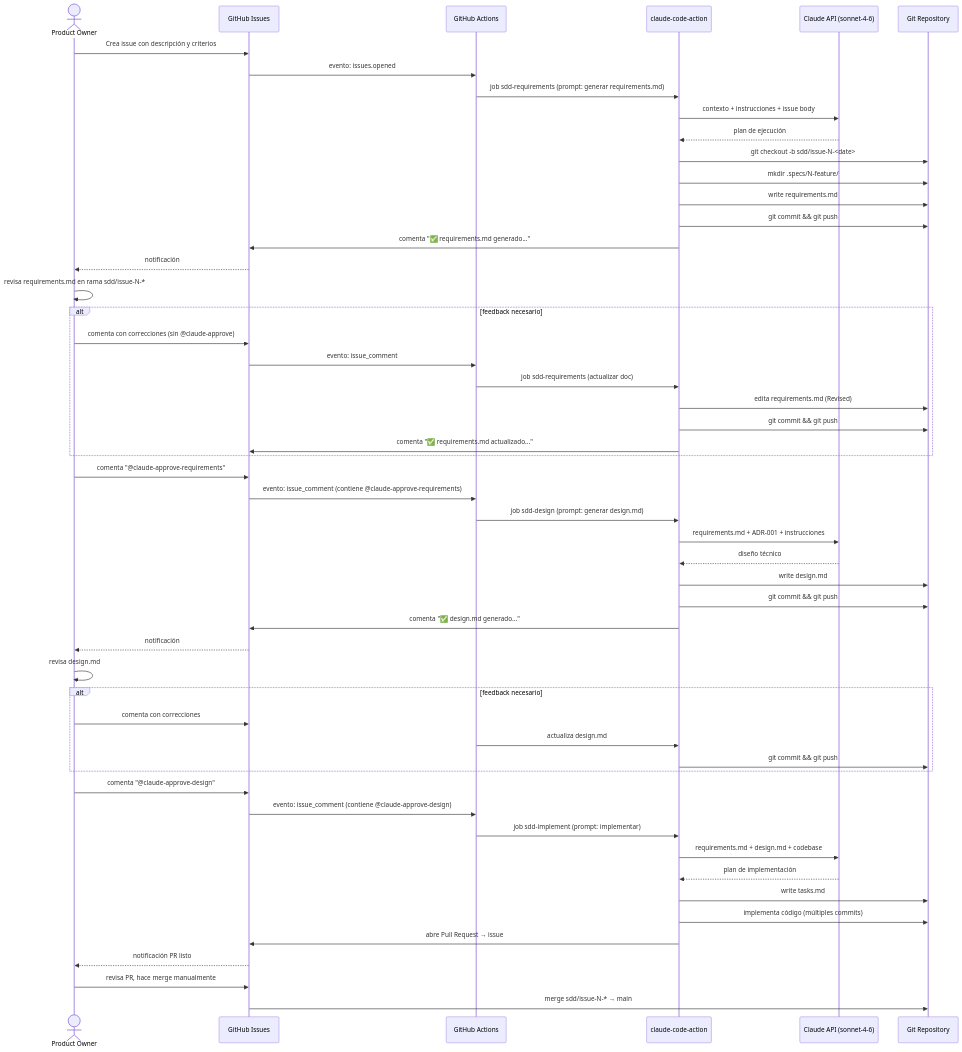
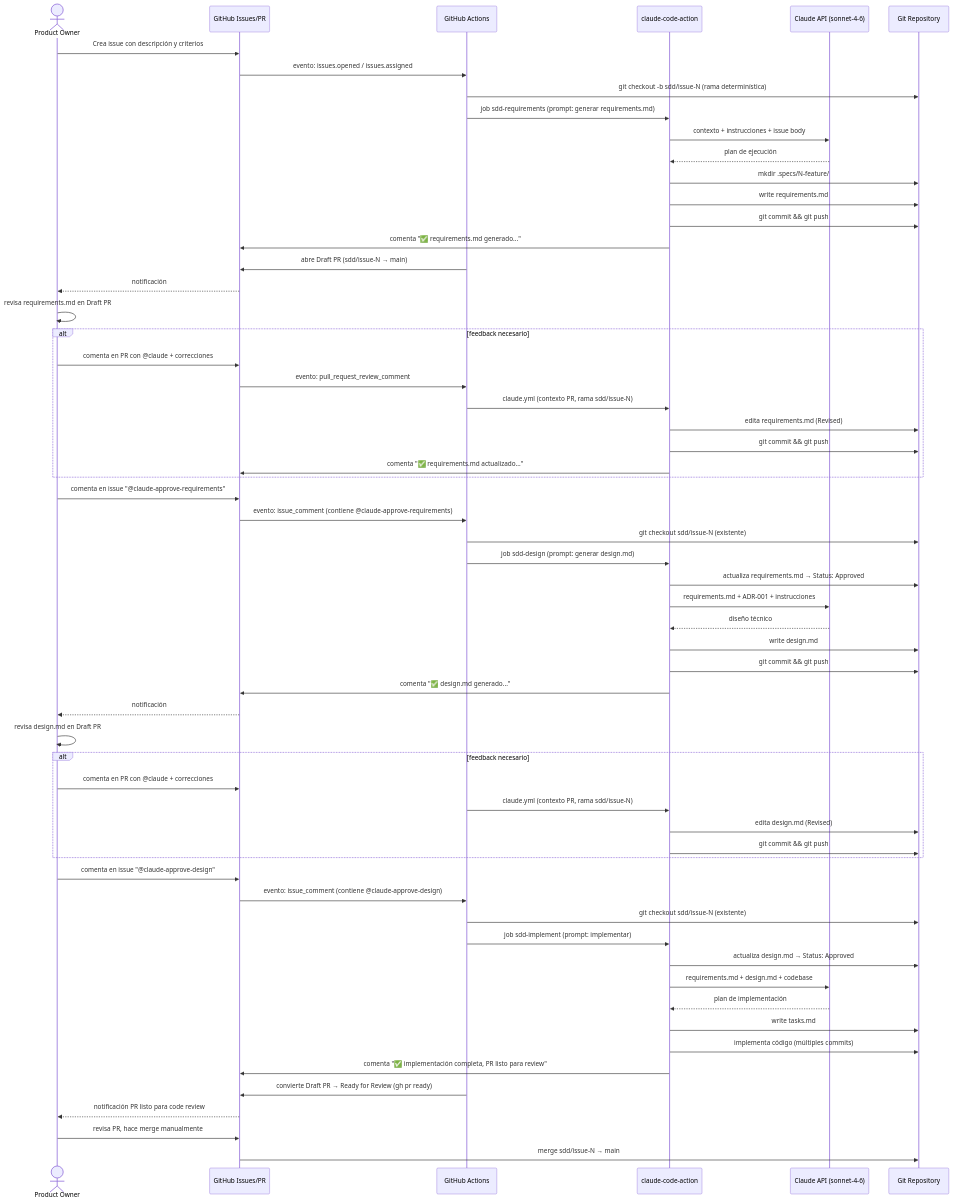
The diagram in .specs/10-feature/design.md (rcastillejo/exprense-tracker), drawn with Mermaid before and after one commit. The commit also changed other lines of this file and 1 other file, not shown here.

Commit message:
docs: align documentation with Alt 2 / DT-003 implementation
- design.md: fix architecture ASCII diagram (sdd/issue-N, no wildcard)
- design.md: rewrite Mermaid sequence diagram to reflect actual Alt 2
  flow — GA creates deterministic branch, Draft PR after requirements,
  review loops via PR @claude, gh pr ready at end of implementation
- design.md: fix security table (remove branch_prefix reference, now
  shows deterministic branch created by workflow, not agent)
- requirements.md: US-01 Scenario 2 — corrections go via PR, not issue
- requirements.md: workflow summary — trigger is issues.opened, not
  @claude; shows Draft PR and correct correction/approval channels

````diff
--- a/.specs/10-feature/design.md
+++ b/.specs/10-feature/design.md
@@ -120,61 +120,68 @@
 ```mermaid
 sequenceDiagram
     actor PO as Product Owner
-    participant GH as GitHub Issues
+    participant GH as GitHub Issues/PR
     participant GA as GitHub Actions
     participant CCA as claude-code-action
     participant Claude as Claude API (sonnet-4-6)
     participant Repo as Git Repository
 
     PO->>GH: Crea issue con descripción y criterios
-    GH->>GA: evento: issues.opened
+    GH->>GA: evento: issues.opened / issues.assigned
+    GA->>Repo: git checkout -b sdd/issue-N (rama determinística)
     GA->>CCA: job sdd-requirements (prompt: generar requirements.md)
     CCA->>Claude: contexto + instrucciones + issue body
     Claude-->>CCA: plan de ejecución
-    CCA->>Repo: git checkout -b sdd/issue-N-<date>
     CCA->>Repo: mkdir .specs/N-feature/
     CCA->>Repo: write requirements.md
     CCA->>Repo: git commit && git push
     CCA->>GH: comenta "✅ requirements.md generado..."
+    GA->>GH: abre Draft PR (sdd/issue-N → main)
     GH-->>PO: notificación
 
-    PO->>PO: revisa requirements.md en rama sdd/issue-N-*
+    PO->>PO: revisa requirements.md en Draft PR
     alt feedback necesario
-        PO->>GH: comenta con correcciones (sin @claude-approve)
-        GH->>GA: evento: issue_comment
-        GA->>CCA: job sdd-requirements (actualizar doc)
+        PO->>GH: comenta en PR con @claude + correcciones
+        GH->>GA: evento: pull_request_review_comment
+        GA->>CCA: claude.yml (contexto PR, rama sdd/issue-N)
         CCA->>Repo: edita requirements.md (Revised)
         CCA->>Repo: git commit && git push
         CCA->>GH: comenta "✅ requirements.md actualizado..."
     end
 
-    PO->>GH: comenta "@claude-approve-requirements"
+    PO->>GH: comenta en issue "@claude-approve-requirements"
     GH->>GA: evento: issue_comment (contiene @claude-approve-requirements)
+    GA->>Repo: git checkout sdd/issue-N (existente)
     GA->>CCA: job sdd-design (prompt: generar design.md)
+    CCA->>Repo: actualiza requirements.md → Status: Approved
     CCA->>Claude: requirements.md + ADR-001 + instrucciones
     Claude-->>CCA: diseño técnico
     CCA->>Repo: write design.md
     CCA->>Repo: git commit && git push
     CCA->>GH: comenta "✅ design.md generado..."
     GH-->>PO: notificación
 
-    PO->>PO: revisa design.md
+    PO->>PO: revisa design.md en Draft PR
     alt feedback necesario
-        PO->>GH: comenta con correcciones
-        GA->>CCA: actualiza design.md
+        PO->>GH: comenta en PR con @claude + correcciones
+        GA->>CCA: claude.yml (contexto PR, rama sdd/issue-N)
+        CCA->>Repo: edita design.md (Revised)
         CCA->>Repo: git commit && git push
     end
 
-    PO->>GH: comenta "@claude-approve-design"
+    PO->>GH: comenta en issue "@claude-approve-design"
     GH->>GA: evento: issue_comment (contiene @claude-approve-design)
+    GA->>Repo: git checkout sdd/issue-N (existente)
     GA->>CCA: job sdd-implement (prompt: implementar)
+    CCA->>Repo: actualiza design.md → Status: Approved
     CCA->>Claude: requirements.md + design.md + codebase
     Claude-->>CCA: plan de implementación
     CCA->>Repo: write tasks.md
     CCA->>Repo: implementa código (múltiples commits)
-    CCA->>GH: abre Pull Request → issue #N
-    GH-->>PO: notificación PR listo
+    CCA->>GH: comenta "✅ implementación completa, PR listo para review"
+    GA->>GH: convierte Draft PR → Ready for Review (gh pr ready)
+    GH-->>PO: notificación PR listo para code review
 
     PO->>GH: revisa PR, hace merge manualmente
-    GH->>Repo: merge sdd/issue-N-* → main
+    GH->>Repo: merge sdd/issue-N → main
 ```
````
